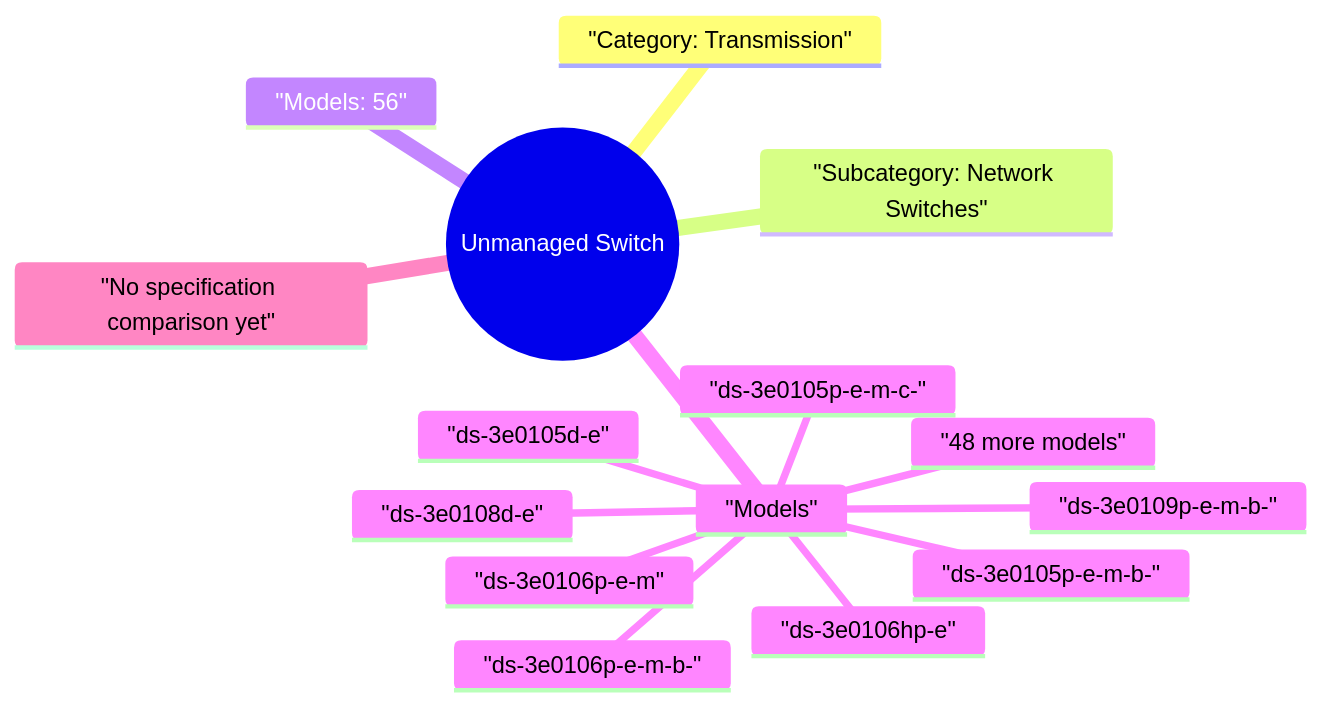
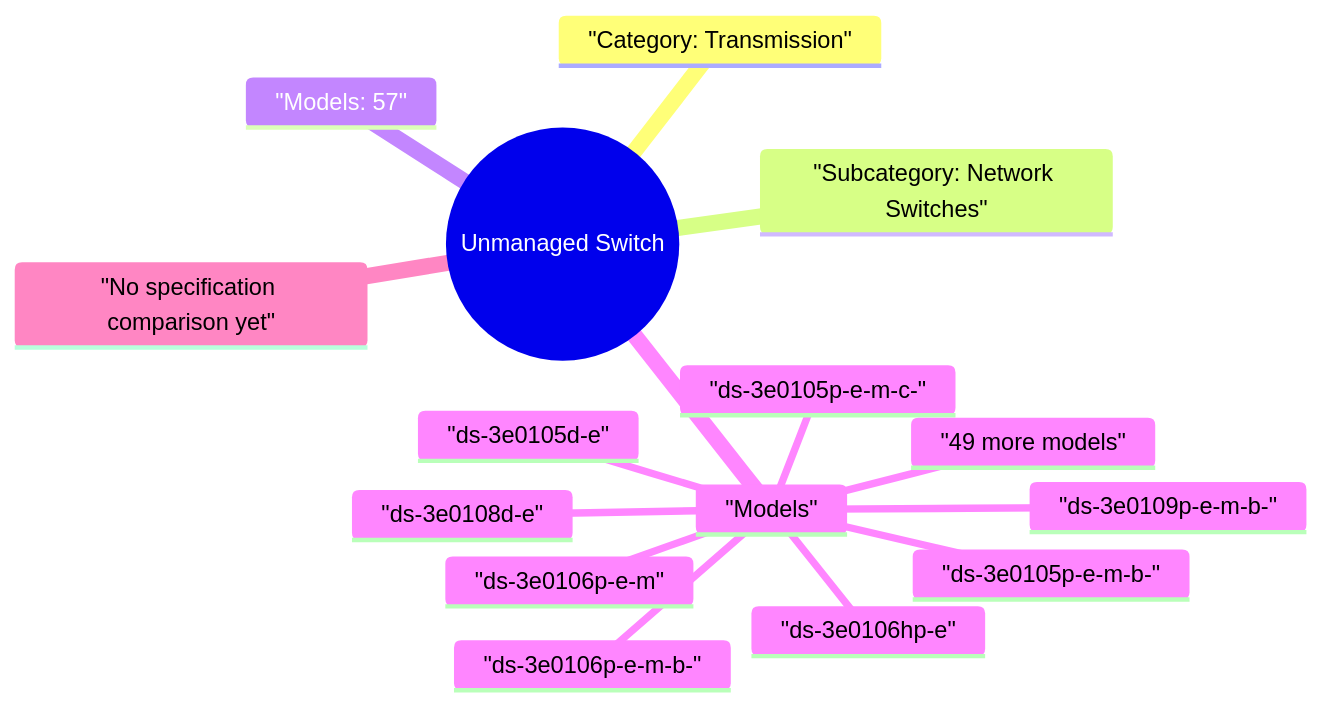
One commit to 123321step/hikvision-product-map changed the diagram in site/mindmaps/en-transmission-network-switches-unmanaged-switch.mmd. Above: the diagram before and after it, drawn with Mermaid. The commit also changed 21 other files, not shown here.

```diff
--- a/site/mindmaps/en-transmission-network-switches-unmanaged-switch.mmd
+++ b/site/mindmaps/en-transmission-network-switches-unmanaged-switch.mmd
@@ -1,16 +1,16 @@
 mindmap
   root(("Unmanaged Switch"))
     "Category: Transmission"
     "Subcategory: Network Switches"
-    "Models: 56"
+    "Models: 57"
     "Models"
       "ds-3e0105d-e"
       "ds-3e0105p-e-m-b-"
       "ds-3e0105p-e-m-c-"
       "ds-3e0106hp-e"
       "ds-3e0106p-e-m"
       "ds-3e0106p-e-m-b-"
       "ds-3e0108d-e"
       "ds-3e0109p-e-m-b-"
-      "48 more models"
+      "49 more models"
     "No specification comparison yet"
```
